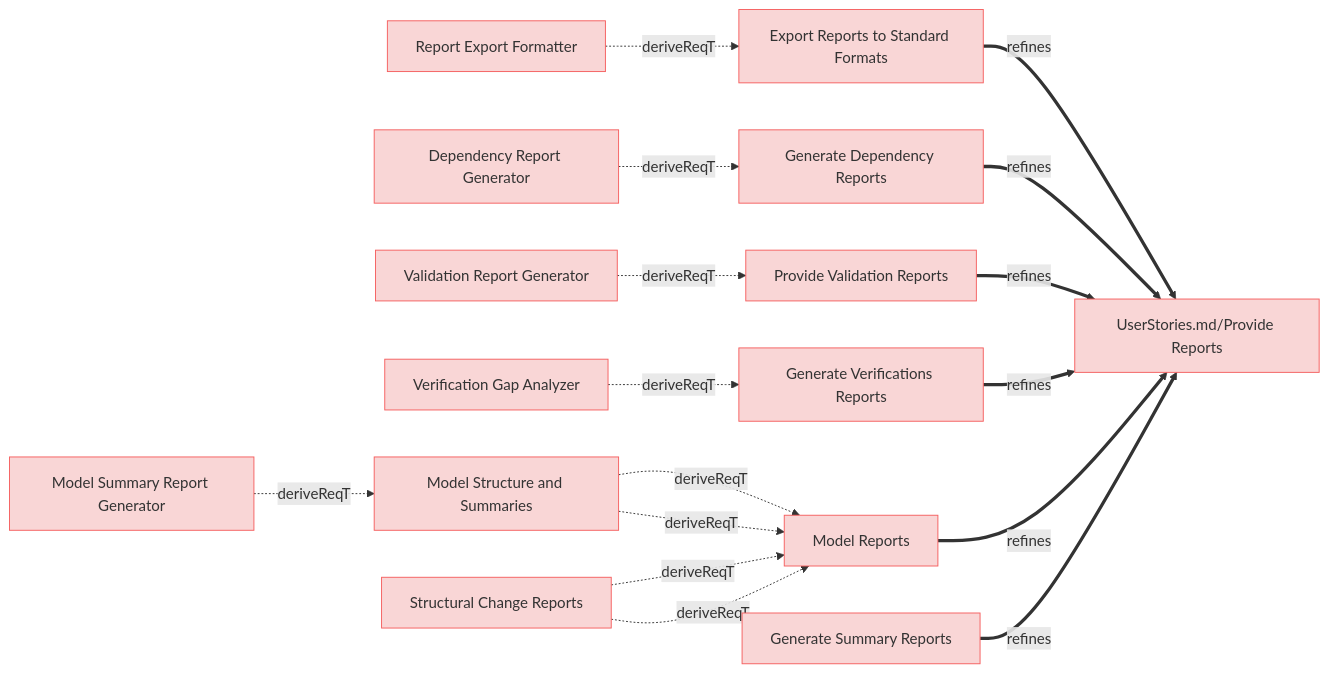
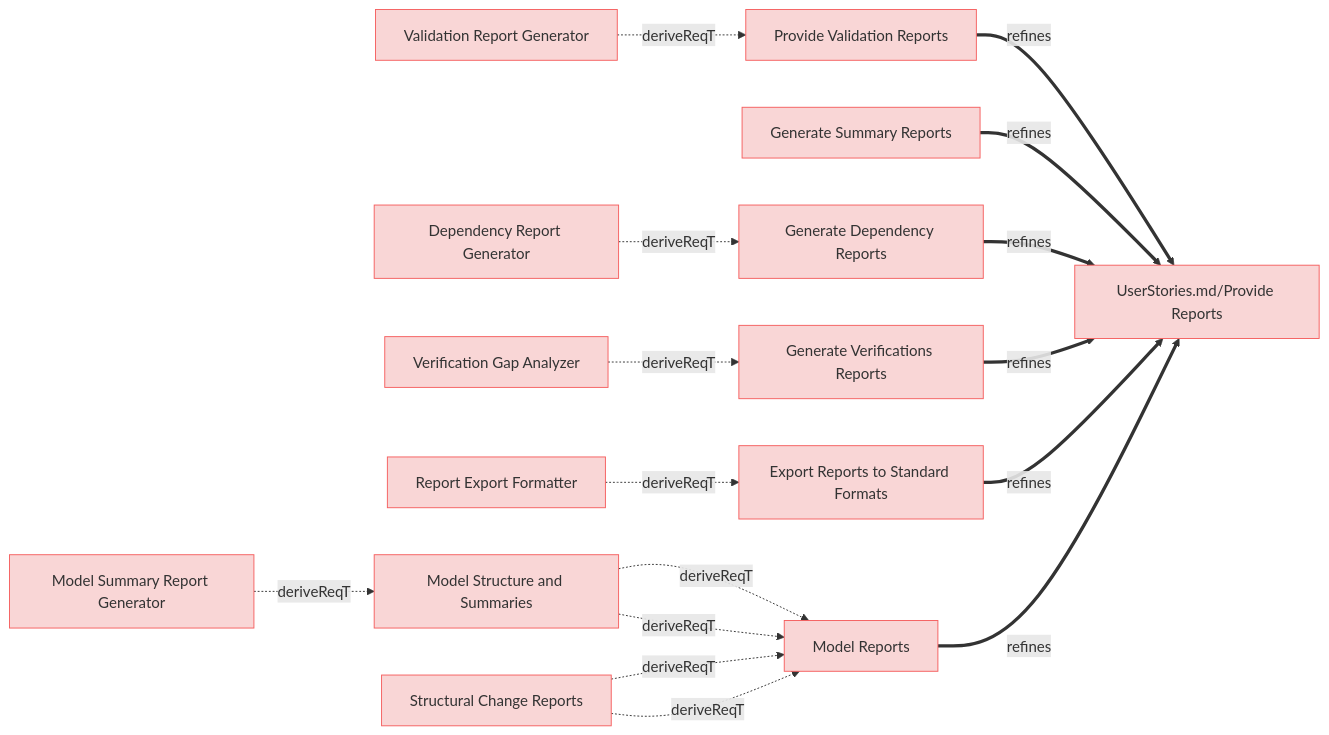
Before and after one commit to reqvire-org/reqvire: the fifth of 9 diagrams in specifications/UserRequirements.md, drawn with Mermaid. The commit also changed other lines of this file and 36 other files, not shown here.

````diff
--- a/specifications/UserRequirements.md
+++ b/specifications/UserRequirements.md
@@ -454,66 +471,66 @@
 ```mermaid
 graph LR;
   %% Graph styling
   classDef requirement fill:#f9d6d6,stroke:#f55f5f,stroke-width:1px;
   classDef verification fill:#d6f9d6,stroke:#5fd75f,stroke-width:1px;
   classDef externalLink fill:#d0e0ff,stroke:#3080ff,stroke-width:1px;
   classDef default fill:#f5f5f5,stroke:#333333,stroke-width:1px;
 
+  482c757913["Provide Validation Reports"];
+  click 482c757913 "UserRequirements.md#provide-validation-reports";
+  class 482c757913 requirement;
+  fe32882ee2["UserStories.md/Provide Reports"];
+  class fe32882ee2 requirement;
+  click fe32882ee2 "UserStories.md#provide-reports";
+  482c757913 ==>|refines| fe32882ee2;
+  143766be8c["Validation Report Generator"];
+  class 143766be8c requirement;
+  click 143766be8c "SystemRequirements/Requirements.md#validation-report-generator";
+  143766be8c -.->|deriveReqT| 482c757913;
+  596c459d31["Generate Summary Reports"];
+  click 596c459d31 "UserRequirements.md#generate-summary-reports";
+  class 596c459d31 requirement;
+  596c459d31 ==>|refines| fe32882ee2;
+  812d42f453["Generate Dependency Reports"];
+  click 812d42f453 "UserRequirements.md#generate-dependency-reports";
+  class 812d42f453 requirement;
+  812d42f453 ==>|refines| fe32882ee2;
+  57cbef16c5["Dependency Report Generator"];
+  class 57cbef16c5 requirement;
+  click 57cbef16c5 "SystemRequirements/Requirements.md#dependency-report-generator";
+  57cbef16c5 -.->|deriveReqT| 812d42f453;
+  d0e9e8d143["Generate Verifications Reports"];
+  click d0e9e8d143 "UserRequirements.md#generate-verifications-reports";
+  class d0e9e8d143 requirement;
+  d0e9e8d143 ==>|refines| fe32882ee2;
+  d842bc0e30["Verification Gap Analyzer"];
+  class d842bc0e30 requirement;
+  click d842bc0e30 "SystemRequirements/Requirements.md#verification-gap-analyzer";
+  d842bc0e30 -.->|deriveReqT| d0e9e8d143;
   2afa7f3a20["Export Reports to Standard Formats"];
   click 2afa7f3a20 "UserRequirements.md#export-reports-to-standard-formats";
   class 2afa7f3a20 requirement;
-  fe32882ee2["UserStories.md/Provide Reports"];
-  class fe32882ee2 requirement;
-  click fe32882ee2 "UserStories.md#provide-reports";
   2afa7f3a20 ==>|refines| fe32882ee2;
   2ccb7e5510["Report Export Formatter"];
   class 2ccb7e5510 requirement;
   click 2ccb7e5510 "SystemRequirements/Requirements.md#report-export-formatter";
   2ccb7e5510 -.->|deriveReqT| 2afa7f3a20;
   b342220e0d["Model Structure and Summaries"];
   click b342220e0d "UserRequirements.md#model-structure-and-summaries";
   class b342220e0d requirement;
   f8e7625d29["Model Reports"];
   class f8e7625d29 requirement;
   click f8e7625d29 "UserRequirements.md#model-reports";
   b342220e0d -.->|deriveReqT| f8e7625d29;
   cccd4e46e2["Model Summary Report Generator"];
   class cccd4e46e2 requirement;
   click cccd4e46e2 "SystemRequirements/Requirements.md#model-summary-report-generator";
   cccd4e46e2 -.->|deriveReqT| b342220e0d;
-  812d42f453["Generate Dependency Reports"];
-  click 812d42f453 "UserRequirements.md#generate-dependency-reports";
-  class 812d42f453 requirement;
-  812d42f453 ==>|refines| fe32882ee2;
-  57cbef16c5["Dependency Report Generator"];
-  class 57cbef16c5 requirement;
-  click 57cbef16c5 "SystemRequirements/Requirements.md#dependency-report-generator";
-  57cbef16c5 -.->|deriveReqT| 812d42f453;
-  482c757913["Provide Validation Reports"];
-  click 482c757913 "UserRequirements.md#provide-validation-reports";
-  class 482c757913 requirement;
-  482c757913 ==>|refines| fe32882ee2;
-  143766be8c["Validation Report Generator"];
-  class 143766be8c requirement;
-  click 143766be8c "SystemRequirements/Requirements.md#validation-report-generator";
-  143766be8c -.->|deriveReqT| 482c757913;
-  d0e9e8d143["Generate Verifications Reports"];
-  click d0e9e8d143 "UserRequirements.md#generate-verifications-reports";
-  class d0e9e8d143 requirement;
-  d0e9e8d143 ==>|refines| fe32882ee2;
-  d842bc0e30["Verification Gap Analyzer"];
-  class d842bc0e30 requirement;
-  click d842bc0e30 "SystemRequirements/Requirements.md#verification-gap-analyzer";
-  d842bc0e30 -.->|deriveReqT| d0e9e8d143;
+  32850509a0["Structural Change Reports"];
+  click 32850509a0 "UserRequirements.md#structural-change-reports";
+  class 32850509a0 requirement;
+  32850509a0 -.->|deriveReqT| f8e7625d29;
   f8e7625d29 ==>|refines| fe32882ee2;
   b342220e0d -.->|deriveReqT| f8e7625d29;
-  32850509a0["Structural Change Reports"];
-  class 32850509a0 requirement;
-  click 32850509a0 "UserRequirements.md#structural-change-reports";
   32850509a0 -.->|deriveReqT| f8e7625d29;
-  32850509a0 -.->|deriveReqT| f8e7625d29;
-  596c459d31["Generate Summary Reports"];
-  click 596c459d31 "UserRequirements.md#generate-summary-reports";
-  class 596c459d31 requirement;
-  596c459d31 ==>|refines| fe32882ee2;
 ```
````
